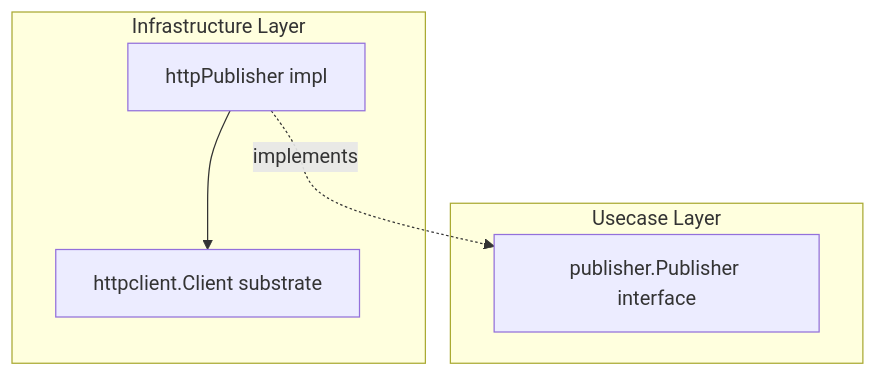
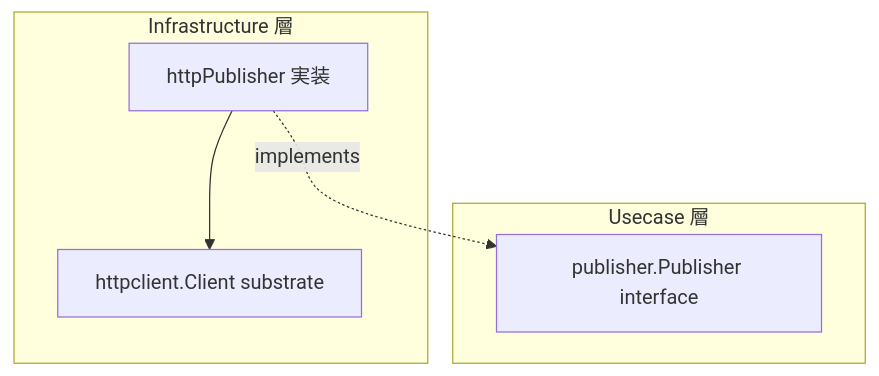
Before and after one commit to Tomy-ch/go-boilerplate: the diagram in internal/infrastructure/publisher/README.md, drawn with Mermaid. The commit also changed other lines of this file and 970 other files, not shown here.

````diff
--- a/internal/infrastructure/publisher/README.md
+++ b/internal/infrastructure/publisher/README.md
@@ -7,13 +7,13 @@
 ```mermaid
 flowchart TB
-    subgraph "Usecase Layer"
+    subgraph "Usecase 層"
         IF["publisher.Publisher interface"]
     end
-    subgraph "Infrastructure Layer"
-        Impl["httpPublisher impl"]
+    subgraph "Infrastructure 層"
+        Impl["httpPublisher 実装"]
         Sub["httpclient.Client substrate"]
     end
 
     Impl -. implements .-> IF
     Impl --> Sub
 ```
````
